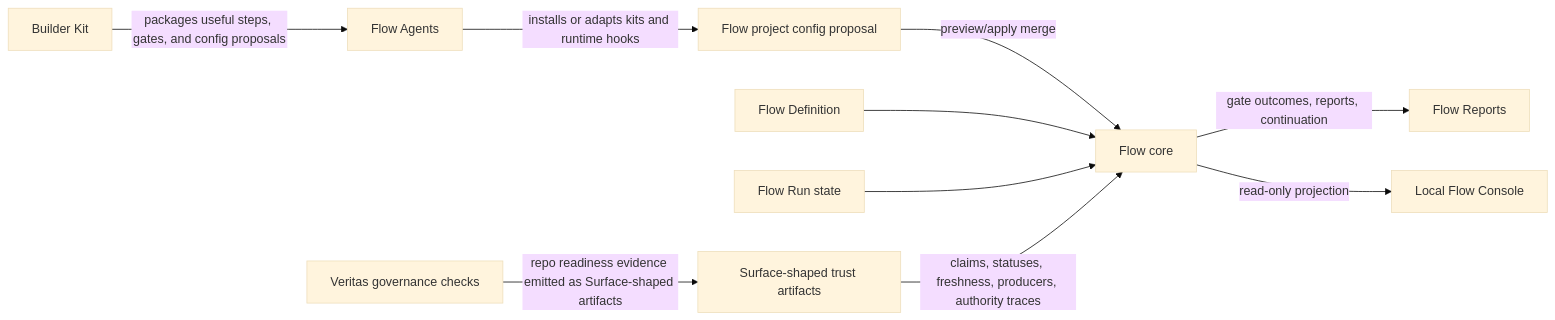
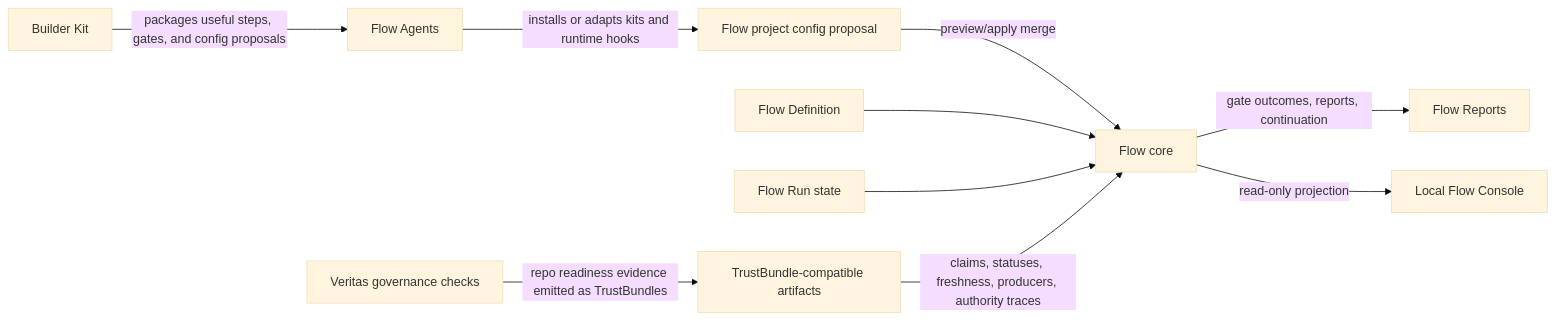
Before and after one commit to kontourai/flow: the seventh of 7 diagrams in docs/developer-architecture.md, drawn with Mermaid (base theme). The commit also changed other lines of this file and 17 other files, not shown here.

Commit message:
Align gate expectation vocabulary with trust bundles (#92)

````diff
--- a/docs/developer-architecture.md
+++ b/docs/developer-architecture.md
@@ -170,12 +170,12 @@
 ```mermaid
 flowchart LR
   BuilderKit["Builder Kit"] -->|packages useful steps, gates, and config proposals| FlowAgents["Flow Agents"]
   FlowAgents -->|installs or adapts kits and runtime hooks| FlowConfig["Flow project config proposal"]
   FlowConfig -->|preview/apply merge| Flow["Flow core"]
   FlowDefinition["Flow Definition"] --> Flow
   FlowRun["Flow Run state"] --> Flow
-  Surface["Surface-shaped trust artifacts"] -->|claims, statuses, freshness, producers, authority traces| Flow
-  Veritas["Veritas governance checks"] -->|repo readiness evidence emitted as Surface-shaped artifacts| Surface
+  Surface["TrustBundle-compatible artifacts"] -->|claims, statuses, freshness, producers, authority traces| Flow
+  Veritas["Veritas governance checks"] -->|repo readiness evidence emitted as TrustBundles| Surface
   Flow -->|gate outcomes, reports, continuation| FlowReport["Flow Reports"]
   Flow -->|read-only projection| Console["Local Flow Console"]
 ```
````
